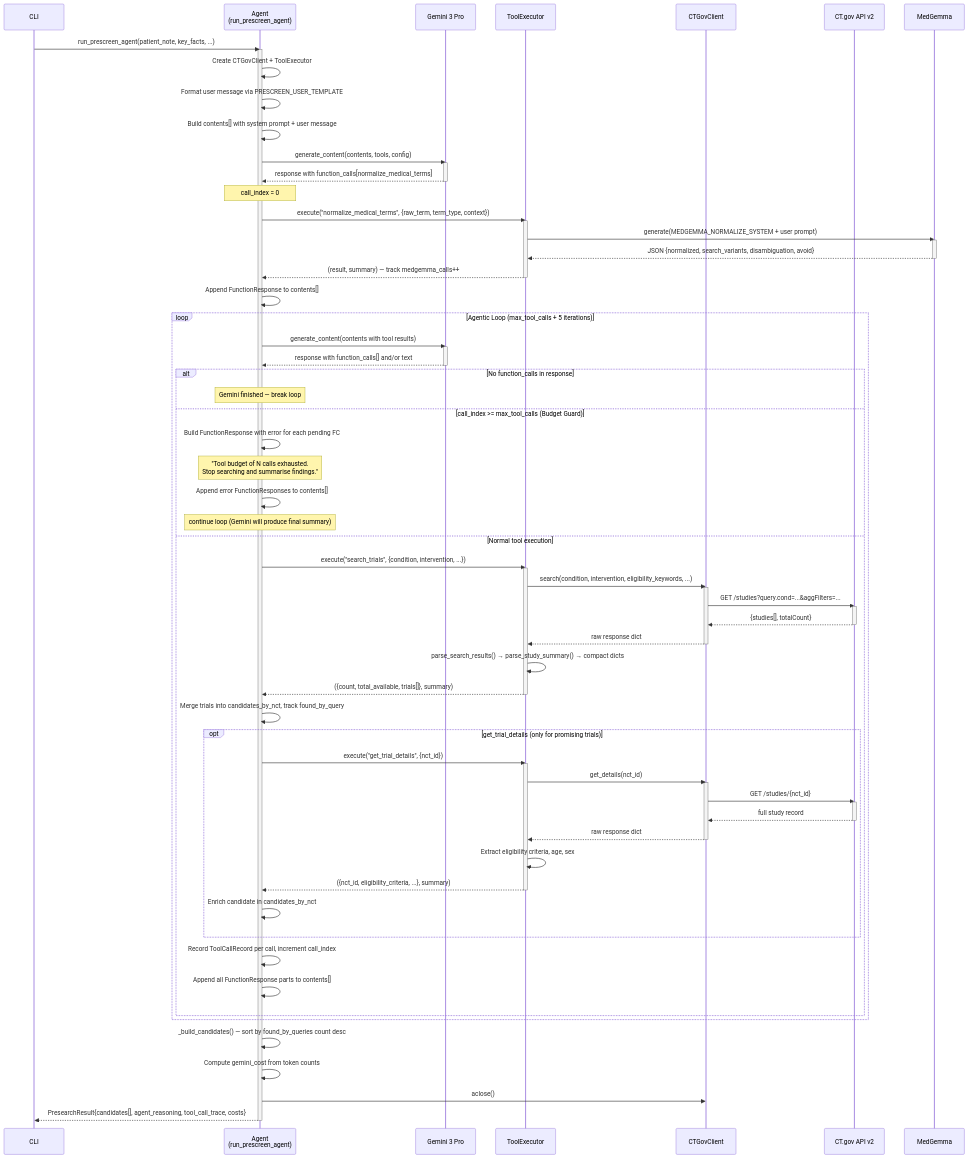
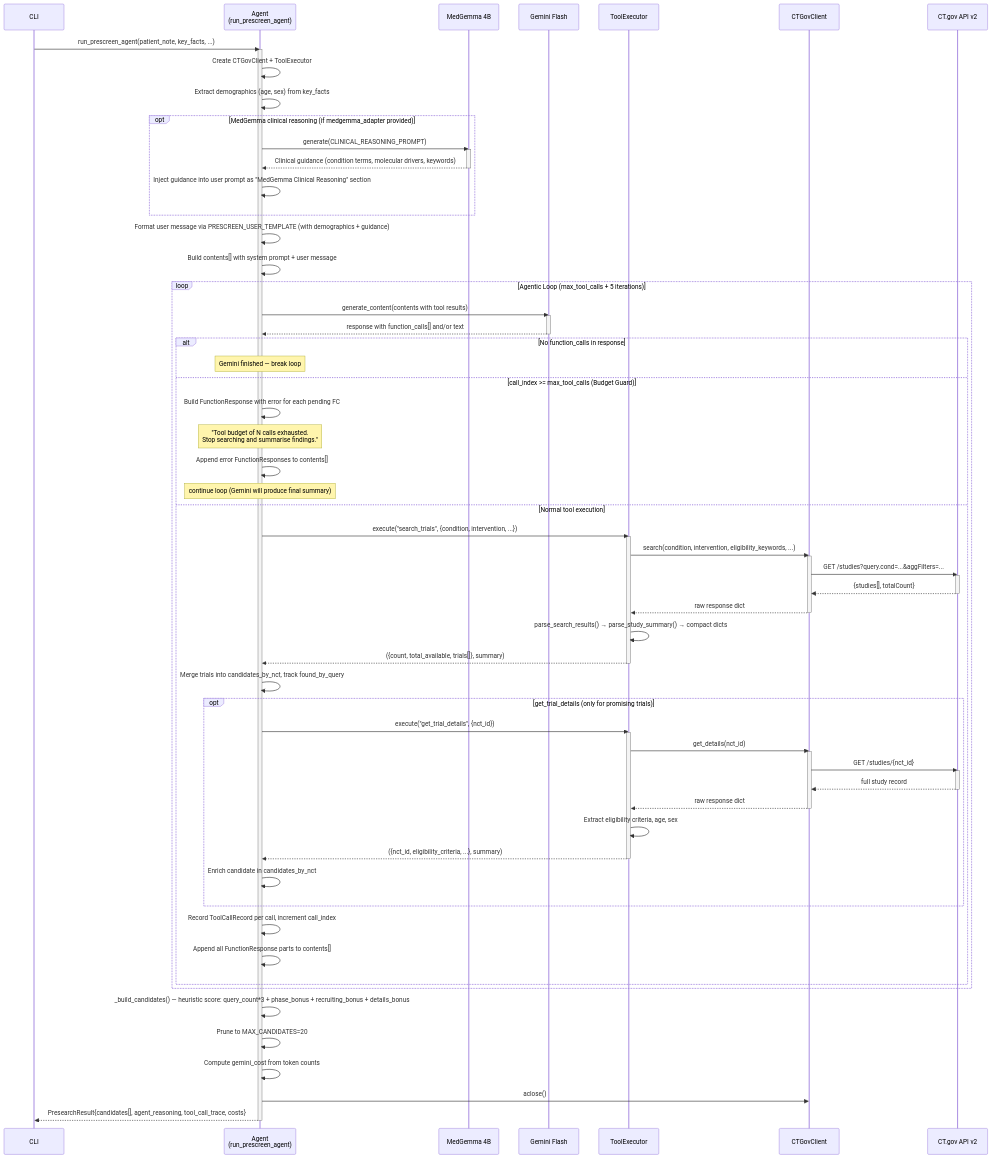
One commit to yaki6/clinical-trial-matching-medgemma changed the first of 4 diagrams in docs/architecture/prescreen-sequence-diagrams.md. Above: the diagram before and after it, drawn with Mermaid. The commit also changed other lines of this file and 7 other files, not shown here.

First line of the commit message:
docs: ADRs 009-011 + architecture docs update for PRESCREEN optimization

```diff
--- a/docs/architecture/prescreen-sequence-diagrams.md
+++ b/docs/architecture/prescreen-sequence-diagrams.md
@@ -16,36 +26,28 @@
 sequenceDiagram
     participant CLI
     participant Agent as Agent<br/>(run_prescreen_agent)
-    participant Gemini as Gemini 3 Pro
+    participant MG as MedGemma 4B
+    participant Gemini as Gemini Flash
     participant TE as ToolExecutor
     participant CTGov as CTGovClient
     participant API as CT.gov API v2
-    participant MG as MedGemma
 
     CLI->>Agent: run_prescreen_agent(patient_note, key_facts, ...)
     activate Agent
 
     Agent->>Agent: Create CTGovClient + ToolExecutor
-    Agent->>Agent: Format user message via PRESCREEN_USER_TEMPLATE
+    Agent->>Agent: Extract demographics (age, sex) from key_facts
+
+    opt MedGemma clinical reasoning (if medgemma_adapter provided)
+        Agent->>MG: generate(CLINICAL_REASONING_PROMPT)
+        activate MG
+        MG-->>Agent: Clinical guidance (condition terms, molecular drivers, keywords)
+        deactivate MG
+        Agent->>Agent: Inject guidance into user prompt as "MedGemma Clinical Reasoning" section
+    end
+
+    Agent->>Agent: Format user message via PRESCREEN_USER_TEMPLATE (with demographics + guidance)
     Agent->>Agent: Build contents[] with system prompt + user message
-
-    Agent->>Gemini: generate_content(contents, tools, config)
-    activate Gemini
-    Gemini-->>Agent: response with function_calls[normalize_medical_terms]
-    deactivate Gemini
-
-    Note over Agent: call_index = 0
-
-    Agent->>TE: execute("normalize_medical_terms", {raw_term, term_type, context})
-    activate TE
-    TE->>MG: generate(MEDGEMMA_NORMALIZE_SYSTEM + user prompt)
-    activate MG
-    MG-->>TE: JSON {normalized, search_variants, disambiguation, avoid}
-    deactivate MG
-    TE-->>Agent: (result, summary) — track medgemma_calls++
-    deactivate TE
-
-    Agent->>Agent: Append FunctionResponse to contents[]
 
     loop Agentic Loop (max_tool_calls + 5 iterations)
         Agent->>Gemini: generate_content(contents with tool results)
@@ -99,7 +101,8 @@
         end
     end
 
-    Agent->>Agent: _build_candidates() — sort by found_by_queries count desc
+    Agent->>Agent: _build_candidates() — heuristic score: query_count*3 + phase_bonus + recruiting_bonus + details_bonus
+    Agent->>Agent: Prune to MAX_CANDIDATES=20
     Agent->>Agent: Compute gemini_cost from token counts
     Agent->>CTGov: aclose()
 
```
